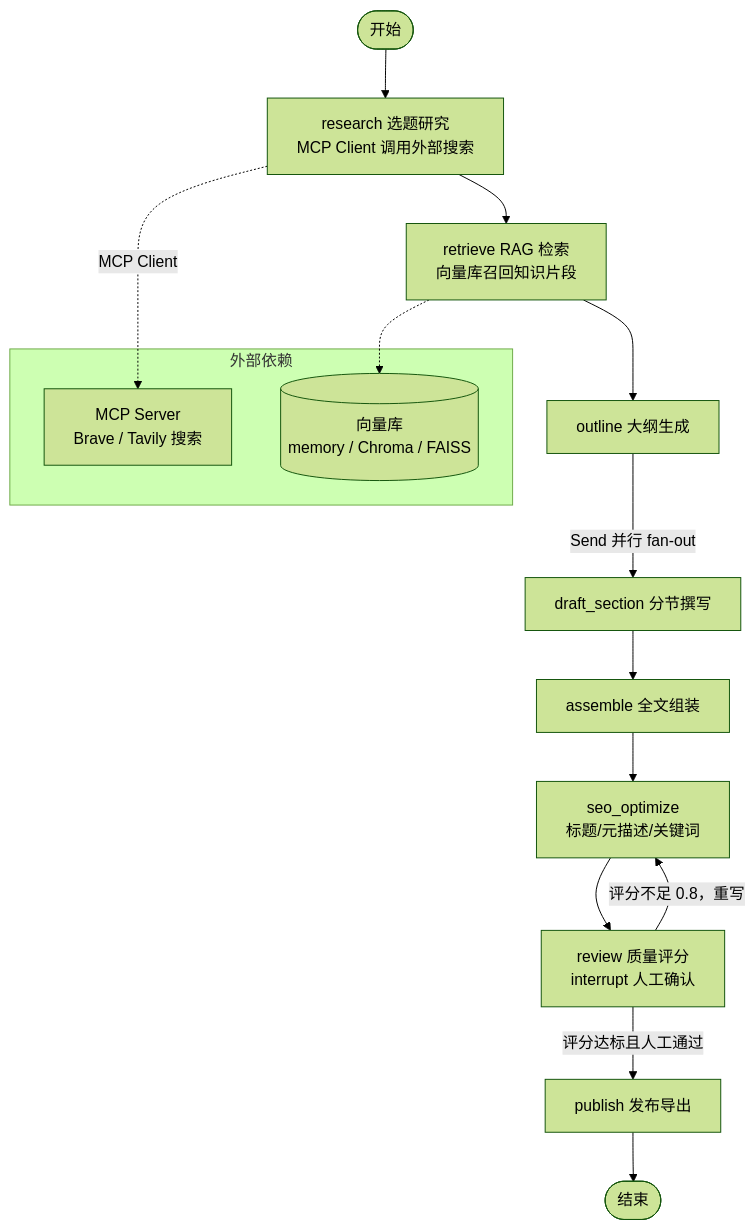
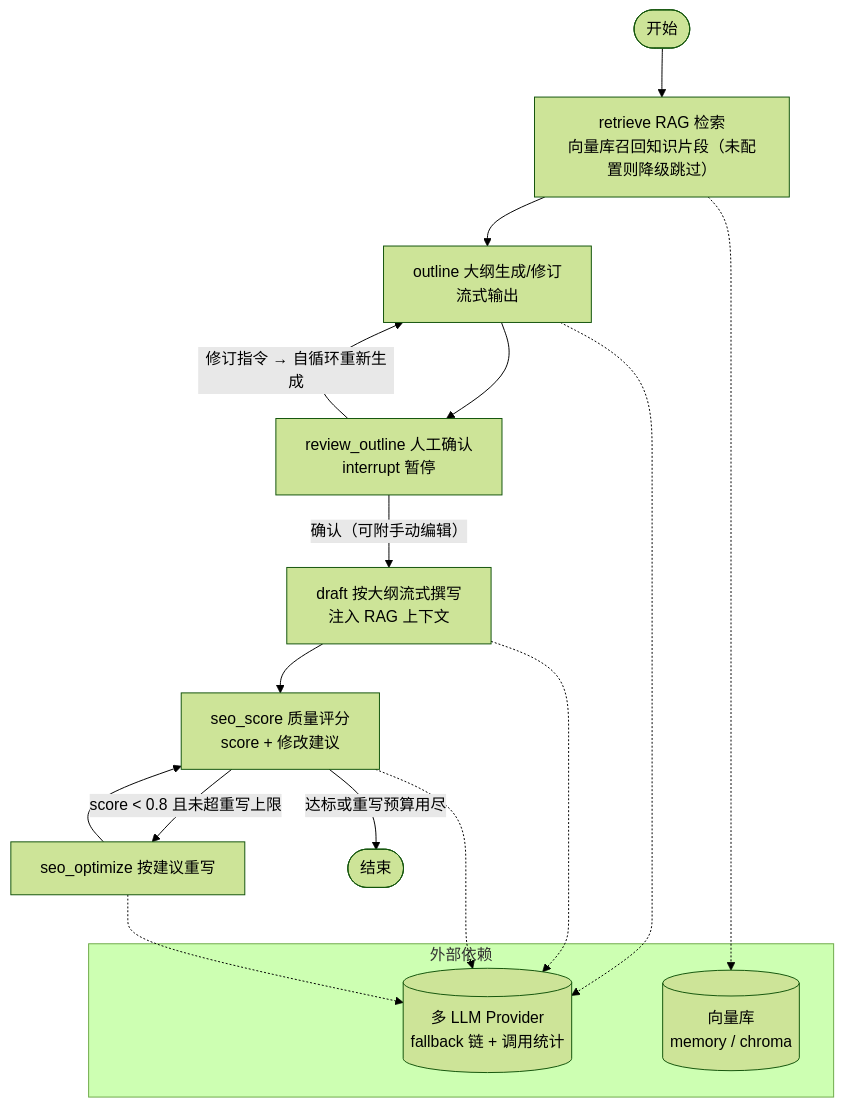
Before and after one commit to zhiquanchi/langgraphseoblog: the diagram in README.md, drawn with Mermaid (forest theme). The commit also changed other lines of this file and 3 other files, not shown here.

````diff
--- a/README.md
+++ b/README.md
@@ -29,21 +27,23 @@
 ```mermaid
 flowchart TD
-    START([开始]) --> research["research 选题研究<br/>MCP Client 调用外部搜索"]
-    research --> retrieve["retrieve RAG 检索<br/>向量库召回知识片段"]
-    retrieve --> outline["outline 大纲生成"]
-    outline -- "Send 并行 fan-out" --> draft["draft_section 分节撰写"]
-    draft --> assemble["assemble 全文组装"]
-    assemble --> seo["seo_optimize<br/>标题/元描述/关键词"]
-    seo --> review["review 质量评分<br/>interrupt 人工确认"]
-    review -- "评分不足 0.8，重写" --> seo
-    review -- "评分达标且人工通过" --> publish["publish 发布导出"]
-    publish --> END([结束])
+    START([开始]) --> retrieve["retrieve RAG 检索<br/>向量库召回知识片段（未配置则降级跳过）"]
+    retrieve --> outline["outline 大纲生成/修订<br/>流式输出"]
+    outline --> review_outline["review_outline 人工确认<br/>interrupt 暂停"]
+    review_outline -- "修订指令 → 自循环重新生成" --> outline
+    review_outline -- "确认（可附手动编辑）" --> draft["draft 按大纲流式撰写<br/>注入 RAG 上下文"]
+    draft --> seo_score["seo_score 质量评分<br/>score + 修改建议"]
+    seo_score -- "score < 0.8 且未超重写上限" --> seo_optimize["seo_optimize 按建议重写"]
+    seo_optimize --> seo_score
+    seo_score -- "达标或重写预算用尽" --> END([结束])
 
     subgraph 外部依赖
-        mcp_tools["MCP Server<br/>Brave / Tavily 搜索"]
-        vector_db[("向量库<br/>memory / Chroma / FAISS")]
+        llm[("多 LLM Provider<br/>fallback 链 + 调用统计")]
+        vector_db[("向量库<br/>memory / chroma")]
     end
 
-    research -.->|MCP Client| mcp_tools
+    outline -.-> llm
+    draft -.-> llm
+    seo_score -.-> llm
+    seo_optimize -.-> llm
     retrieve -.-> vector_db
 ```
````
